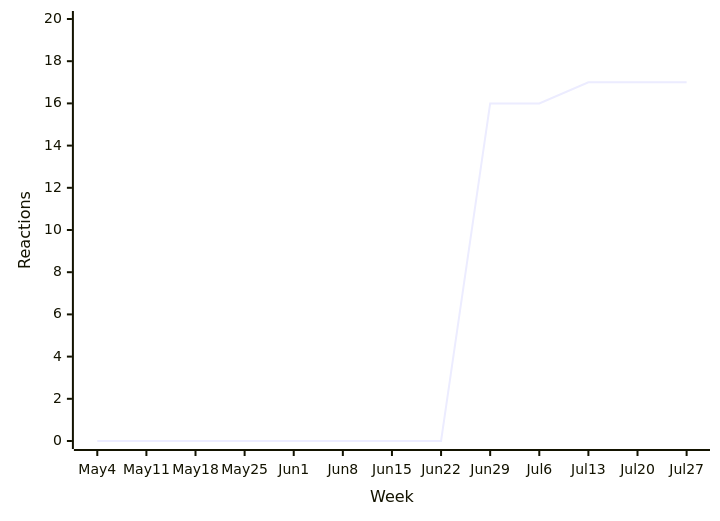
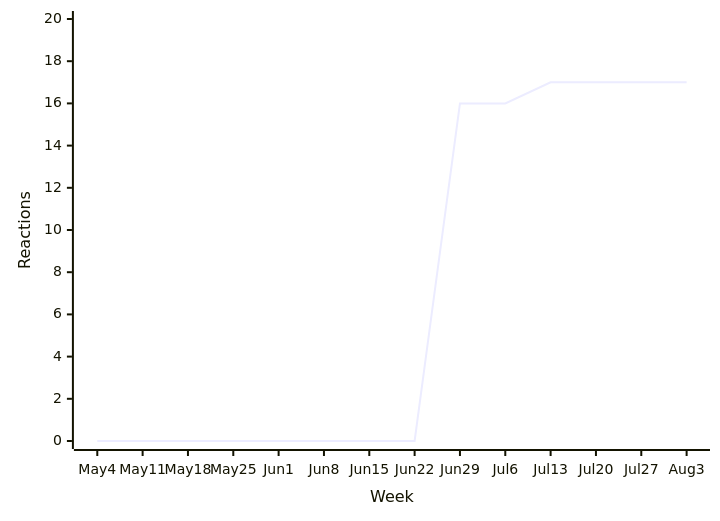
The ninth of 44 diagrams in README.md (loic-sharma/github-insights), drawn with Mermaid before and after one commit. The commit also changed other lines of this file and 3 other files, not shown here.

````diff
--- a/README.md
+++ b/README.md
@@ -475,6 +475,6 @@
   ```mermaid
   xychart-beta
-    x-axis "Week" [May 4, May 11, May 18, May 25, Jun 1, Jun 8, Jun 15, Jun 22, Jun 29, Jul 6, Jul 13, Jul 20, Jul 27]
+    x-axis "Week" [May 4, May 11, May 18, May 25, Jun 1, Jun 8, Jun 15, Jun 22, Jun 29, Jul 6, Jul 13, Jul 20, Jul 27, Aug 3]
     y-axis "Reactions" 0 --> 20
-    line [0, 0, 0, 0, 0, 0, 0, 0, 16, 16, 17, 17, 17]
+    line [0, 0, 0, 0, 0, 0, 0, 0, 16, 16, 17, 17, 17, 17]
   ```
````
